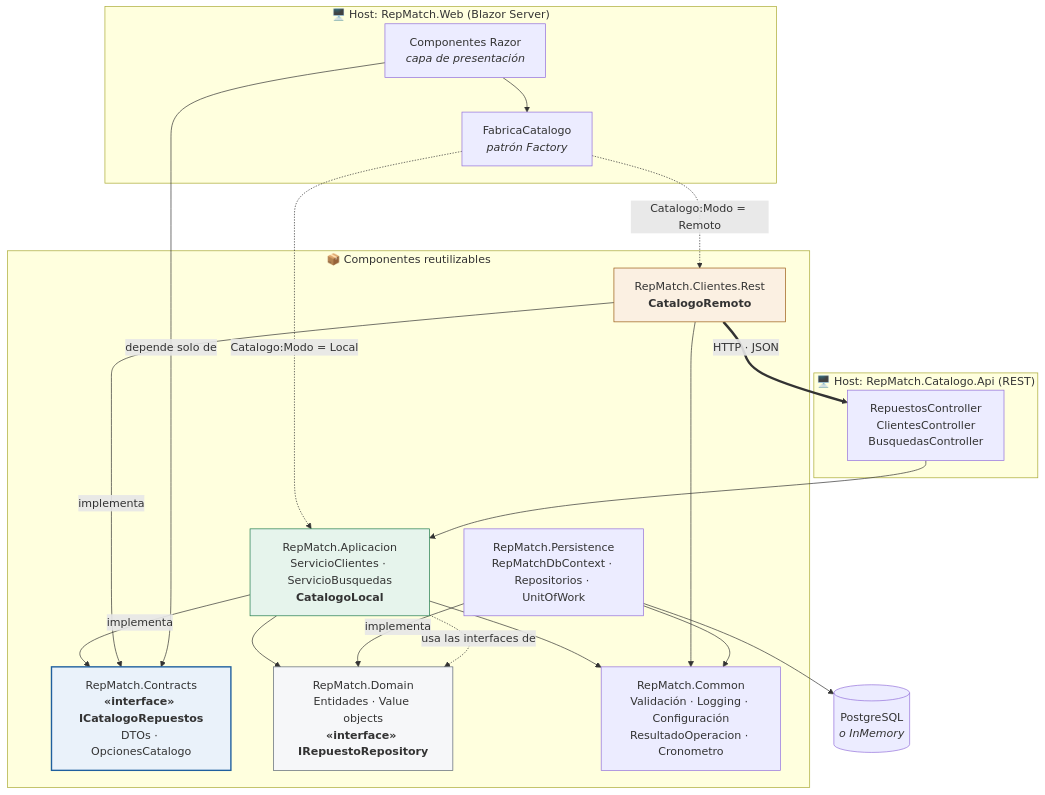
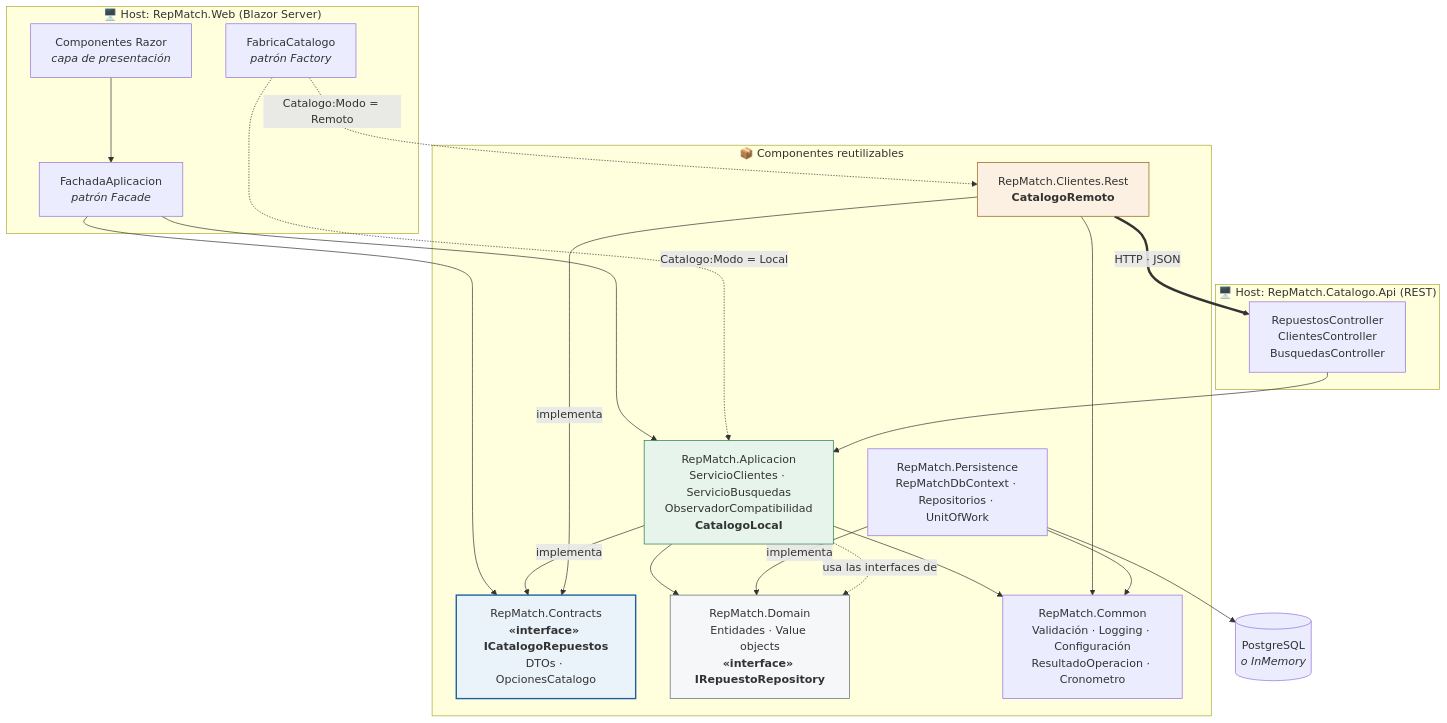
The diagram in docs/diagramas/componentes.md (lfb-00/tp-apps-2), drawn with Mermaid before and after one commit. The commit also changed other lines of this file and 36 other files, not shown here.

````diff
--- a/docs/diagramas/componentes.md
+++ b/docs/diagramas/componentes.md
@@ -20,47 +20,49 @@
 ```mermaid
 flowchart TB
     subgraph host_web["🖥️ Host: RepMatch.Web (Blazor Server)"]
         UI["Componentes Razor<br/><i>capa de presentación</i>"]
-        FAB["FabricaCatalogo<br/><i>patrón Factory</i>"]
+        FCAT["FabricaCatalogo<br/><i>patrón Factory</i>"]
+        FACH["FachadaAplicacion<br/><i>patrón Facade</i>"]
     end
 
     subgraph host_api["🖥️ Host: RepMatch.Catalogo.Api (REST)"]
         CTRL["RepuestosController<br/>ClientesController<br/>BusquedasController"]
     end
 
     subgraph comp["📦 Componentes reutilizables"]
-        APP["RepMatch.Aplicacion<br/>ServicioClientes · ServicioBusquedas<br/><b>CatalogoLocal</b>"]
+        APP["RepMatch.Aplicacion<br/>ServicioClientes · ServicioBusquedas<br/>ObservadorCompatibilidad<br/><b>CatalogoLocal</b>"]
         REST["RepMatch.Clientes.Rest<br/><b>CatalogoRemoto</b>"]
         CON["RepMatch.Contracts<br/><b>«interface» ICatalogoRepuestos</b><br/>DTOs · OpcionesCatalogo"]
         PER["RepMatch.Persistence<br/>RepMatchDbContext · Repositorios · UnitOfWork"]
         DOM["RepMatch.Domain<br/>Entidades · Value objects<br/><b>«interface» IRepuestoRepository</b>"]
         COM["RepMatch.Common<br/>Validación · Logging · Configuración<br/>ResultadoOperacion · Cronometro"]
     end
 
     BD[("PostgreSQL<br/><i>o InMemory</i>")]
 
-    UI --> FAB
-    FAB -. "Catalogo:Modo = Local" .-> APP
-    FAB -. "Catalogo:Modo = Remoto" .-> REST
+    UI --> FACH
+    FACH --> APP
+    FACH --> CON
+    FCAT -. "Catalogo:Modo = Local" .-> APP
+    FCAT -. "Catalogo:Modo = Remoto" .-> REST
 
     APP -- implementa --> CON
     REST -- implementa --> CON
-    UI -- "depende solo de" --> CON
 
     REST == "HTTP · JSON" ==> CTRL
     CTRL --> APP
 
     APP --> DOM
     APP --> COM
     REST --> COM
     PER -- implementa --> DOM
     PER --> COM
     PER --> BD
 
     APP -. "usa las interfaces de" .-> DOM
 
     style CON fill:#eaf2fa,stroke:#1f5f9e,stroke-width:2px
     style APP fill:#e6f4ec,stroke:#1f7a4d
     style REST fill:#fbf0e2,stroke:#9a5b13
     style DOM fill:#f6f7f9,stroke:#5b6472
 ```
````
